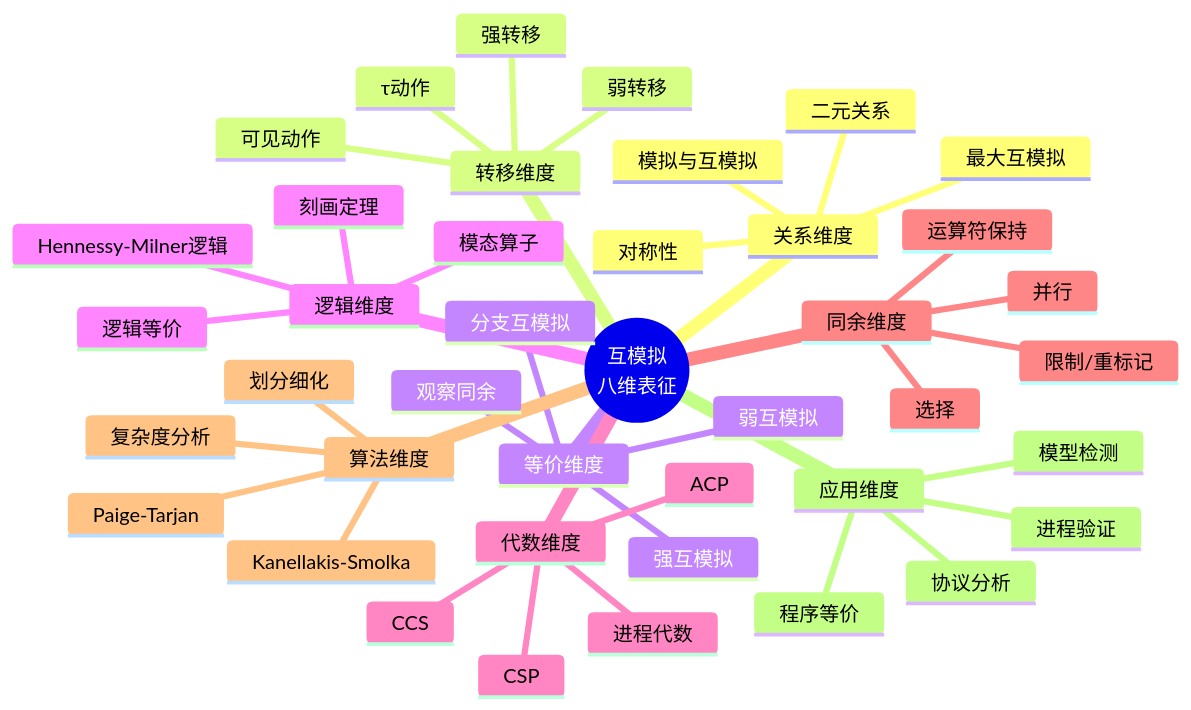
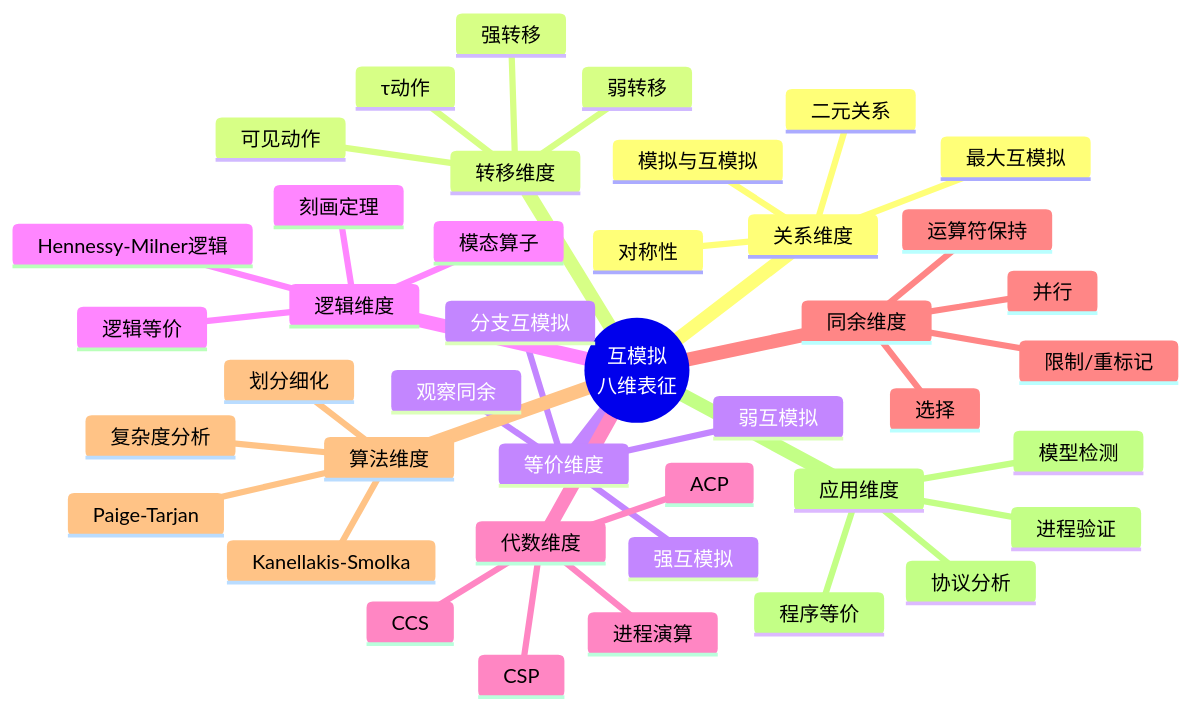
The eighth of 8 diagrams in formal-methods/98-appendices/wikipedia-concepts/09-bisimulation.md (AdaMartin18010/AnalysisDataFlow), drawn with Mermaid before and after one commit. The commit also changed other lines of this file and 129 other files, not shown here.

````diff
--- a/formal-methods/98-appendices/wikipedia-concepts/09-bisimulation.md
+++ b/formal-methods/98-appendices/wikipedia-concepts/09-bisimulation.md
@@ -536,44 +536,44 @@
 ```mermaid
 mindmap
   root((互模拟<br/>八维表征))
     关系维度
       二元关系
       对称性
       模拟与互模拟
       最大互模拟
     转移维度
       强转移
       弱转移
       τ动作
       可见动作
     等价维度
       强互模拟
       弱互模拟
       分支互模拟
       观察同余
     逻辑维度
       Hennessy-Milner逻辑
       模态算子
       逻辑等价
       刻画定理
     代数维度
-      进程代数
+      进程演算
       CCS
       CSP
       ACP
     同余维度
       运算符保持
       选择
       并行
       限制/重标记
     算法维度
       划分细化
       Kanellakis-Smolka
       Paige-Tarjan
       复杂度分析
     应用维度
       模型检测
       进程验证
       协议分析
       程序等价
 ```
````
